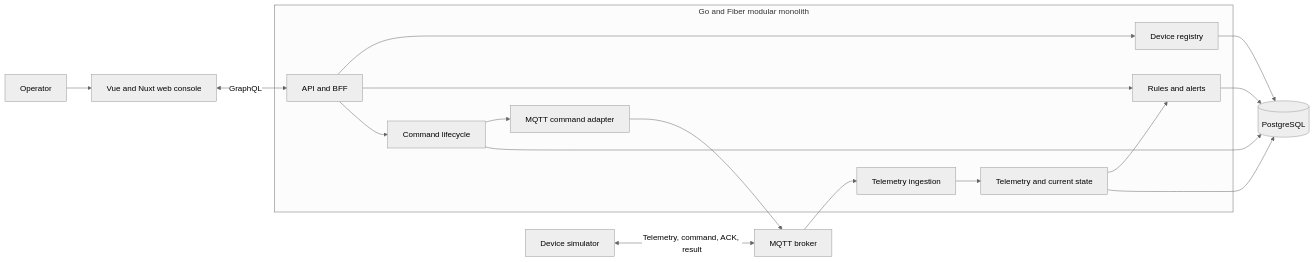
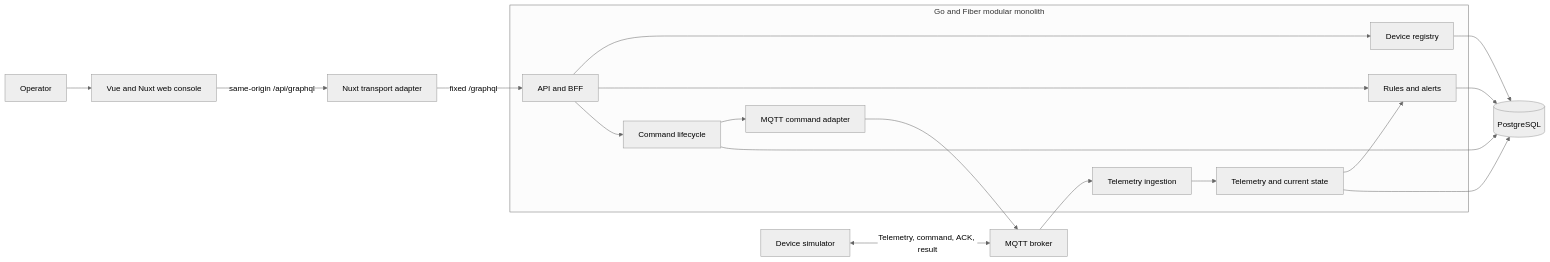
The first of 8 diagrams in docs/architecture/system-architecture.md (methat-ruk/pulsegrid), drawn with Mermaid (neutral theme) before and after one commit. The commit also changed other lines of this file and 32 other files, not shown here.

````diff
--- a/docs/architecture/system-architecture.md
+++ b/docs/architecture/system-architecture.md
@@ -41,23 +42,24 @@
 ```mermaid
 flowchart LR
     Operator[Operator] --> Console[Vue and Nuxt web console]
-    Console <-->|GraphQL| API[API and BFF]
+    Console -->|same-origin /api/graphql| Adapter[Nuxt transport adapter]
+    Adapter -->|fixed /graphql| API[API and BFF]
 
     subgraph Runtime[Go and Fiber modular monolith]
         API --> Registry[Device registry]
         API --> Rules[Rules and alerts]
         API --> Commands[Command lifecycle]
         Ingestion[Telemetry ingestion] --> State[Telemetry and current state]
         State --> Rules
         Commands --> MQTTAdapter[MQTT command adapter]
     end
 
     Registry --> Postgres[(PostgreSQL)]
     State --> Postgres
     Rules --> Postgres
     Commands --> Postgres
 
     Device[Device simulator] <-->|Telemetry, command, ACK, result| Broker[MQTT broker]
     Broker --> Ingestion
     MQTTAdapter --> Broker
 ```
````
